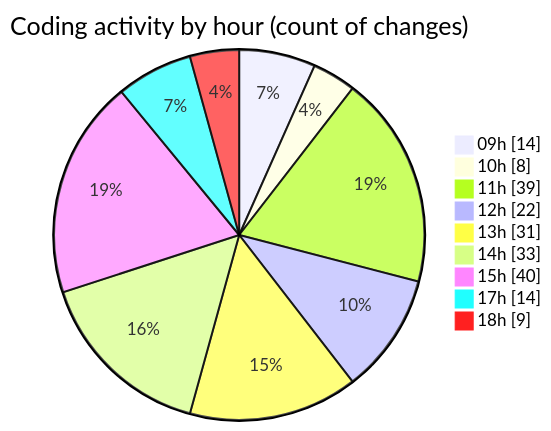
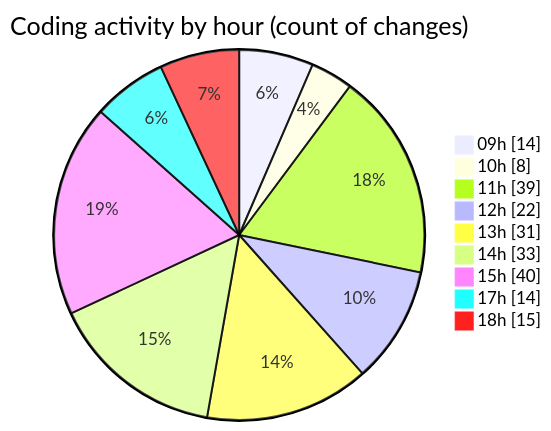
Before and after one commit to momahboobian/code-tracking: the second of 2 diagrams in 2025-02-07/cda/README.md, drawn with Mermaid. The commit also changed other lines of this file and 1 other file, not shown here.

````diff
--- a/2025-02-07/cda/README.md
+++ b/2025-02-07/cda/README.md
@@ -70,13 +70,13 @@
 ```mermaid
 pie showData
 title Coding activity by hour (count of changes)
 "09h" : 14
 "10h" : 8
 "11h" : 39
 "12h" : 22
 "13h" : 31
 "14h" : 33
 "15h" : 40
 "17h" : 14
-"18h" : 9
+"18h" : 15
 ```
````
